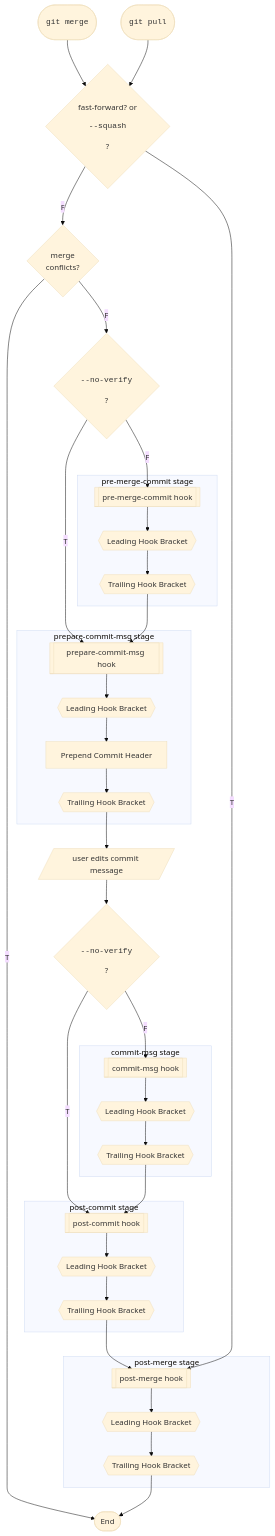
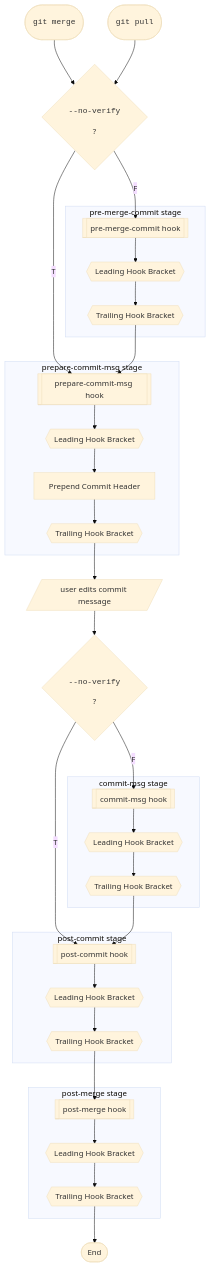
Before and after one commit to kami-lel/hupy: the second of 3 diagrams in docs/chain_doc.md, drawn with Mermaid (base theme). The commit also changed other lines of this file, not shown here.

Commit message:
chain_doc: add EditStep link, simplify premerge flowchart
#`chain_doc.md`

````diff
--- a/docs/chain_doc.md
+++ b/docs/chain_doc.md
@@ -170,55 +171,47 @@
 ```mermaid
 flowchart TD
     A1([<pre><code>git merge</code></pre>])
     A2([<pre><code>git pull</code></pre>])
 
-    B{fast-forward? or <pre><code>--squash</code></pre>?}
+    G{<pre><code>--no-verify</code></pre>?}
 
-    A1 --> B
-    A2 --> B
-
-    B -->|F| CF{merge
-            conflicts?}
-
-    CF -->|T| Z4
-
-    CF -->|F| G{<pre><code>--no-verify</code></pre>?}
+    A1 --> G
+    A2 --> G
 
     subgraph premerge [pre-merge-commit stage]
         C[[pre-merge-commit hook]] --> C1{{Leading Hook Bracket}}
         C1 --> C2{{Trailing Hook Bracket}}
     end
     G -->|F| C
 
     subgraph preparemsg [prepare-commit-msg stage]
         F[[prepare-commit-msg hook]] --> F1{{Leading Hook Bracket}}
         F1 --> Fmsg[Prepend Commit Header]
         Fmsg --> F2{{Trailing Hook Bracket}}
     end
     G -->|T| F
     C2 --> F
 
     F2 --> EditStep[/user edits commit message/]
     EditStep --> H{<pre><code>--no-verify</code></pre>?}
 
     subgraph commitmsg [commit-msg stage]
         I[[commit-msg hook]] --> I1{{Leading Hook Bracket}}
         I1 --> I2{{Trailing Hook Bracket}}
     end
     H -->|F| I
 
     subgraph postcommit [post-commit stage]
         L[[post-commit hook]] --> L1{{Leading Hook Bracket}}
         L1 --> L2{{Trailing Hook Bracket}}
     end
     H -->|T| L
     I2 --> L
 
     subgraph postmerge [post-merge stage]
         PM3[[post-merge hook]] --> PM1{{Leading Hook Bracket}}
         PM1 --> PM2{{Trailing Hook Bracket}}
     end
     L2 --> PM3
-    B -->|T| PM3
     PM2 --> Z4([End])
 ```
````
